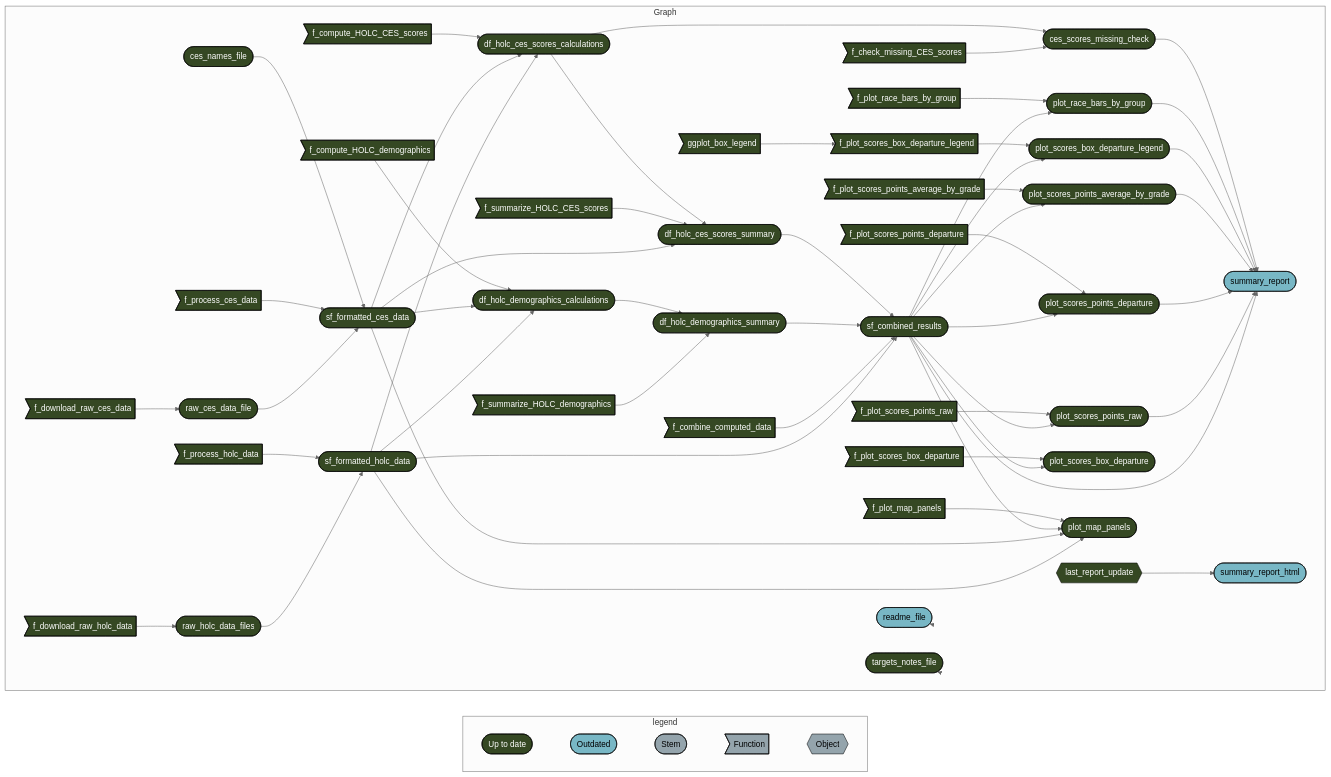
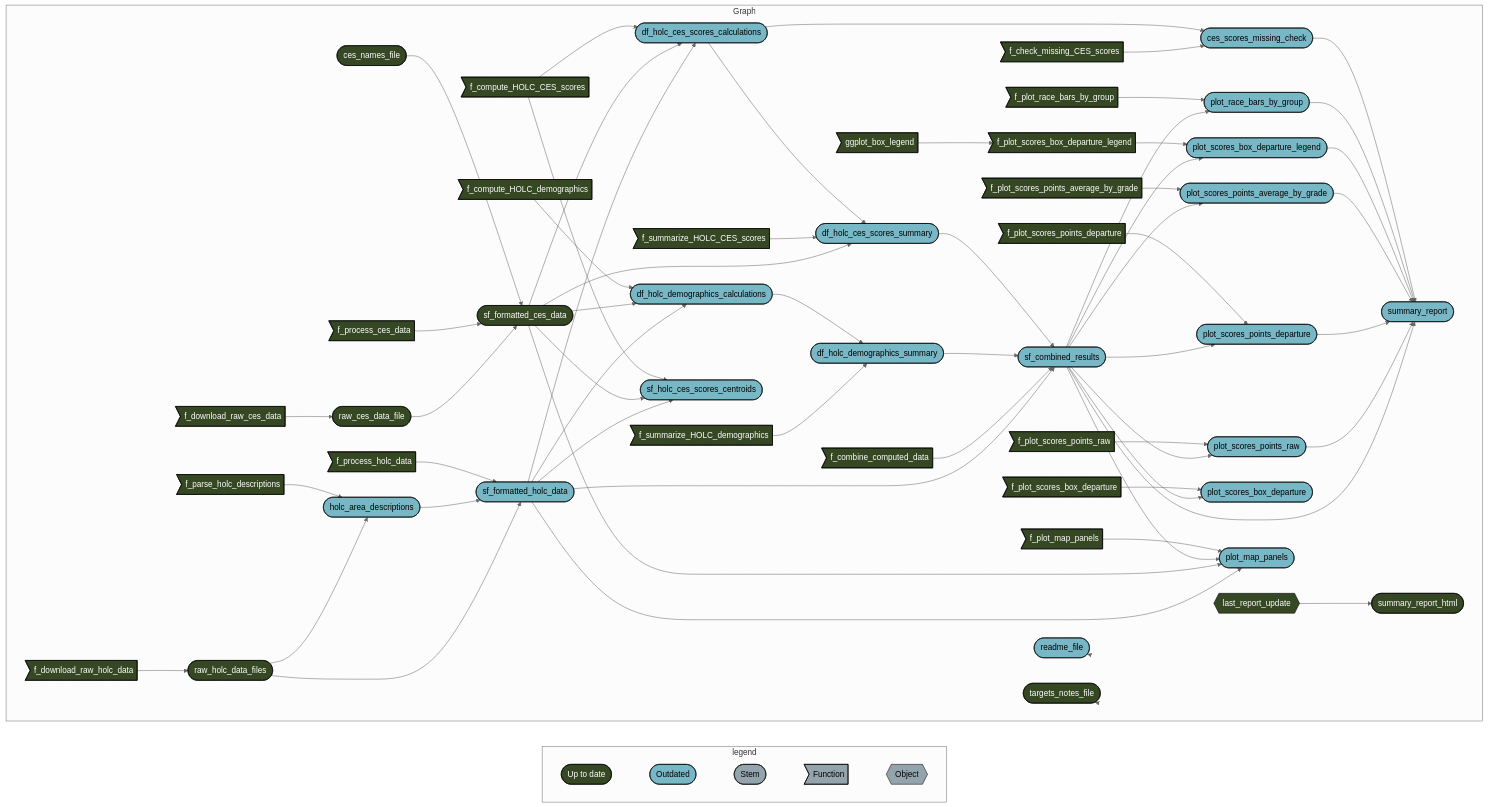
One commit to daltare/pollution-and-prejudice changed the diagram in README.md. Above: the diagram before and after it, drawn with Mermaid (neutral theme). The commit also changed other lines of this file and 52 other files, not shown here.

Commit message:
add comparison with centroid method for calculating overall CES scores

````diff
--- a/README.md
+++ b/README.md
@@ -95,73 +95,79 @@
 ``` mermaid
 graph LR
   subgraph legend
     direction LR
     x7420bd9270f8d27d([""Up to date""]):::uptodate --- x0a52b03877696646([""Outdated""]):::outdated
     x0a52b03877696646([""Outdated""]):::outdated --- xbf4603d6c2c2ad6b([""Stem""]):::none
     xbf4603d6c2c2ad6b([""Stem""]):::none --- xf0bce276fe2b9d3e>""Function""]:::none
     xf0bce276fe2b9d3e>""Function""]:::none --- x5bffbffeae195fc9{{""Object""}}:::none
   end
   subgraph Graph
     direction LR
     x723651d51c4d9039>"ggplot_box_legend"]:::uptodate --> x9fc5d9228e2f8c78>"f_plot_scores_box_departure_legend"]:::uptodate
-    xbc38fdbb09f54cdc(["df_holc_ces_scores_summary"]):::uptodate --> x7774e14ad1201765(["sf_combined_results"]):::uptodate
-    x722c080414fdf571(["df_holc_demographics_summary"]):::uptodate --> x7774e14ad1201765(["sf_combined_results"]):::uptodate
-    xf90b49dd379c5312>"f_combine_computed_data"]:::uptodate --> x7774e14ad1201765(["sf_combined_results"]):::uptodate
-    xd358c84560a350ea(["sf_formatted_holc_data"]):::uptodate --> x7774e14ad1201765(["sf_combined_results"]):::uptodate
-    x661c36f456260220>"f_plot_scores_points_average_by_grade"]:::uptodate --> x26888c3adf53b8ba(["plot_scores_points_average_by_grade"]):::uptodate
-    x7774e14ad1201765(["sf_combined_results"]):::uptodate --> x26888c3adf53b8ba(["plot_scores_points_average_by_grade"]):::uptodate
-    xb84eb9d541120890>"f_compute_HOLC_CES_scores"]:::uptodate --> xf2cacda6c5be1d56(["df_holc_ces_scores_calculations"]):::uptodate
-    x66ea1e7e4088616e(["sf_formatted_ces_data"]):::uptodate --> xf2cacda6c5be1d56(["df_holc_ces_scores_calculations"]):::uptodate
-    xd358c84560a350ea(["sf_formatted_holc_data"]):::uptodate --> xf2cacda6c5be1d56(["df_holc_ces_scores_calculations"]):::uptodate
-    x05780902aff2e52e>"f_plot_scores_points_departure"]:::uptodate --> x85db2b90c235dab6(["plot_scores_points_departure"]):::uptodate
-    x7774e14ad1201765(["sf_combined_results"]):::uptodate --> x85db2b90c235dab6(["plot_scores_points_departure"]):::uptodate
-    xd22b3ef3698af9c3>"f_plot_race_bars_by_group"]:::uptodate --> xe2341aac6be6d5c3(["plot_race_bars_by_group"]):::uptodate
-    x7774e14ad1201765(["sf_combined_results"]):::uptodate --> xe2341aac6be6d5c3(["plot_race_bars_by_group"]):::uptodate
-    xcdcbc8327c73002a(["ces_scores_missing_check"]):::uptodate --> xe24c603975ef95ce(["summary_report"]):::outdated
-    xe2341aac6be6d5c3(["plot_race_bars_by_group"]):::uptodate --> xe24c603975ef95ce(["summary_report"]):::outdated
-    xd261dc6bb4fd422e(["plot_scores_box_departure_legend"]):::uptodate --> xe24c603975ef95ce(["summary_report"]):::outdated
-    x26888c3adf53b8ba(["plot_scores_points_average_by_grade"]):::uptodate --> xe24c603975ef95ce(["summary_report"]):::outdated
-    x85db2b90c235dab6(["plot_scores_points_departure"]):::uptodate --> xe24c603975ef95ce(["summary_report"]):::outdated
-    xd06bbe78c7eb9f6c(["plot_scores_points_raw"]):::uptodate --> xe24c603975ef95ce(["summary_report"]):::outdated
-    x7774e14ad1201765(["sf_combined_results"]):::uptodate --> xe24c603975ef95ce(["summary_report"]):::outdated
-    xf2cacda6c5be1d56(["df_holc_ces_scores_calculations"]):::uptodate --> xcdcbc8327c73002a(["ces_scores_missing_check"]):::uptodate
-    x1909355c81c03a12>"f_check_missing_CES_scores"]:::uptodate --> xcdcbc8327c73002a(["ces_scores_missing_check"]):::uptodate
-    x6a4e5ab768f76050>"f_plot_scores_points_raw"]:::uptodate --> xd06bbe78c7eb9f6c(["plot_scores_points_raw"]):::uptodate
-    x7774e14ad1201765(["sf_combined_results"]):::uptodate --> xd06bbe78c7eb9f6c(["plot_scores_points_raw"]):::uptodate
-    x4baab69ddc05606c>"f_compute_HOLC_demographics"]:::uptodate --> x0933fedf1eaed55e(["df_holc_demographics_calculations"]):::uptodate
-    x66ea1e7e4088616e(["sf_formatted_ces_data"]):::uptodate --> x0933fedf1eaed55e(["df_holc_demographics_calculations"]):::uptodate
-    xd358c84560a350ea(["sf_formatted_holc_data"]):::uptodate --> x0933fedf1eaed55e(["df_holc_demographics_calculations"]):::uptodate
-    x3566400abf0582d0>"f_process_holc_data"]:::uptodate --> xd358c84560a350ea(["sf_formatted_holc_data"]):::uptodate
-    x7deb259c829fdb2e(["raw_holc_data_files"]):::uptodate --> xd358c84560a350ea(["sf_formatted_holc_data"]):::uptodate
-    x13ecd6c730196e92>"f_plot_scores_box_departure"]:::uptodate --> xc0917568d2ce3bee(["plot_scores_box_departure"]):::uptodate
-    x7774e14ad1201765(["sf_combined_results"]):::uptodate --> xc0917568d2ce3bee(["plot_scores_box_departure"]):::uptodate
-    xf2cacda6c5be1d56(["df_holc_ces_scores_calculations"]):::uptodate --> xbc38fdbb09f54cdc(["df_holc_ces_scores_summary"]):::uptodate
-    x24483bb6f5885403>"f_summarize_HOLC_CES_scores"]:::uptodate --> xbc38fdbb09f54cdc(["df_holc_ces_scores_summary"]):::uptodate
-    x66ea1e7e4088616e(["sf_formatted_ces_data"]):::uptodate --> xbc38fdbb09f54cdc(["df_holc_ces_scores_summary"]):::uptodate
+    xbc38fdbb09f54cdc(["df_holc_ces_scores_summary"]):::outdated --> x7774e14ad1201765(["sf_combined_results"]):::outdated
+    x722c080414fdf571(["df_holc_demographics_summary"]):::outdated --> x7774e14ad1201765(["sf_combined_results"]):::outdated
+    xf90b49dd379c5312>"f_combine_computed_data"]:::uptodate --> x7774e14ad1201765(["sf_combined_results"]):::outdated
+    xd358c84560a350ea(["sf_formatted_holc_data"]):::outdated --> x7774e14ad1201765(["sf_combined_results"]):::outdated
+    x661c36f456260220>"f_plot_scores_points_average_by_grade"]:::uptodate --> x26888c3adf53b8ba(["plot_scores_points_average_by_grade"]):::outdated
+    x7774e14ad1201765(["sf_combined_results"]):::outdated --> x26888c3adf53b8ba(["plot_scores_points_average_by_grade"]):::outdated
+    xb84eb9d541120890>"f_compute_HOLC_CES_scores"]:::uptodate --> xf2cacda6c5be1d56(["df_holc_ces_scores_calculations"]):::outdated
+    x66ea1e7e4088616e(["sf_formatted_ces_data"]):::uptodate --> xf2cacda6c5be1d56(["df_holc_ces_scores_calculations"]):::outdated
+    xd358c84560a350ea(["sf_formatted_holc_data"]):::outdated --> xf2cacda6c5be1d56(["df_holc_ces_scores_calculations"]):::outdated
+    x05780902aff2e52e>"f_plot_scores_points_departure"]:::uptodate --> x85db2b90c235dab6(["plot_scores_points_departure"]):::outdated
+    x7774e14ad1201765(["sf_combined_results"]):::outdated --> x85db2b90c235dab6(["plot_scores_points_departure"]):::outdated
+    xd22b3ef3698af9c3>"f_plot_race_bars_by_group"]:::uptodate --> xe2341aac6be6d5c3(["plot_race_bars_by_group"]):::outdated
+    x7774e14ad1201765(["sf_combined_results"]):::outdated --> xe2341aac6be6d5c3(["plot_race_bars_by_group"]):::outdated
+    xcdcbc8327c73002a(["ces_scores_missing_check"]):::outdated --> xe24c603975ef95ce(["summary_report"]):::outdated
+    xe2341aac6be6d5c3(["plot_race_bars_by_group"]):::outdated --> xe24c603975ef95ce(["summary_report"]):::outdated
+    xd261dc6bb4fd422e(["plot_scores_box_departure_legend"]):::outdated --> xe24c603975ef95ce(["summary_report"]):::outdated
+    x26888c3adf53b8ba(["plot_scores_points_average_by_grade"]):::outdated --> xe24c603975ef95ce(["summary_report"]):::outdated
+    x85db2b90c235dab6(["plot_scores_points_departure"]):::outdated --> xe24c603975ef95ce(["summary_report"]):::outdated
+    xd06bbe78c7eb9f6c(["plot_scores_points_raw"]):::outdated --> xe24c603975ef95ce(["summary_report"]):::outdated
+    x7774e14ad1201765(["sf_combined_results"]):::outdated --> xe24c603975ef95ce(["summary_report"]):::outdated
+    xf2cacda6c5be1d56(["df_holc_ces_scores_calculations"]):::outdated --> xcdcbc8327c73002a(["ces_scores_missing_check"]):::outdated
+    x1909355c81c03a12>"f_check_missing_CES_scores"]:::uptodate --> xcdcbc8327c73002a(["ces_scores_missing_check"]):::outdated
+    x6a4e5ab768f76050>"f_plot_scores_points_raw"]:::uptodate --> xd06bbe78c7eb9f6c(["plot_scores_points_raw"]):::outdated
+    x7774e14ad1201765(["sf_combined_results"]):::outdated --> xd06bbe78c7eb9f6c(["plot_scores_points_raw"]):::outdated
+    x4baab69ddc05606c>"f_compute_HOLC_demographics"]:::uptodate --> x0933fedf1eaed55e(["df_holc_demographics_calculations"]):::outdated
+    x66ea1e7e4088616e(["sf_formatted_ces_data"]):::uptodate --> x0933fedf1eaed55e(["df_holc_demographics_calculations"]):::outdated
+    xd358c84560a350ea(["sf_formatted_holc_data"]):::outdated --> x0933fedf1eaed55e(["df_holc_demographics_calculations"]):::outdated
+    x3566400abf0582d0>"f_process_holc_data"]:::uptodate --> xd358c84560a350ea(["sf_formatted_holc_data"]):::outdated
+    xc134b761ca90db6a(["holc_area_descriptions"]):::outdated --> xd358c84560a350ea(["sf_formatted_holc_data"]):::outdated
+    x7deb259c829fdb2e(["raw_holc_data_files"]):::uptodate --> xd358c84560a350ea(["sf_formatted_holc_data"]):::outdated
+    x13ecd6c730196e92>"f_plot_scores_box_departure"]:::uptodate --> xc0917568d2ce3bee(["plot_scores_box_departure"]):::outdated
+    x7774e14ad1201765(["sf_combined_results"]):::outdated --> xc0917568d2ce3bee(["plot_scores_box_departure"]):::outdated
+    xf2cacda6c5be1d56(["df_holc_ces_scores_calculations"]):::outdated --> xbc38fdbb09f54cdc(["df_holc_ces_scores_summary"]):::outdated
+    x24483bb6f5885403>"f_summarize_HOLC_CES_scores"]:::uptodate --> xbc38fdbb09f54cdc(["df_holc_ces_scores_summary"]):::outdated
+    x66ea1e7e4088616e(["sf_formatted_ces_data"]):::uptodate --> xbc38fdbb09f54cdc(["df_holc_ces_scores_summary"]):::outdated
     x7ad41e3fd12f2676(["ces_names_file"]):::uptodate --> x66ea1e7e4088616e(["sf_formatted_ces_data"]):::uptodate
     xdca65f7684d779f0>"f_process_ces_data"]:::uptodate --> x66ea1e7e4088616e(["sf_formatted_ces_data"]):::uptodate
     x6538bfb2bd8fa5af(["raw_ces_data_file"]):::uptodate --> x66ea1e7e4088616e(["sf_formatted_ces_data"]):::uptodate
-    x9fc5d9228e2f8c78>"f_plot_scores_box_departure_legend"]:::uptodate --> xd261dc6bb4fd422e(["plot_scores_box_departure_legend"]):::uptodate
-    x7774e14ad1201765(["sf_combined_results"]):::uptodate --> xd261dc6bb4fd422e(["plot_scores_box_departure_legend"]):::uptodate
-    xf443f725966ed075{{"last_report_update"}}:::uptodate --> x3b5990520b2e818d(["summary_report_html"]):::outdated
-    xc11e093e8a0331b6>"f_plot_map_panels"]:::uptodate --> x52b2d35838d1c908(["plot_map_panels"]):::uptodate
-    x7774e14ad1201765(["sf_combined_results"]):::uptodate --> x52b2d35838d1c908(["plot_map_panels"]):::uptodate
-    x66ea1e7e4088616e(["sf_formatted_ces_data"]):::uptodate --> x52b2d35838d1c908(["plot_map_panels"]):::uptodate
-    xd358c84560a350ea(["sf_formatted_holc_data"]):::uptodate --> x52b2d35838d1c908(["plot_map_panels"]):::uptodate
+    x9fc5d9228e2f8c78>"f_plot_scores_box_departure_legend"]:::uptodate --> xd261dc6bb4fd422e(["plot_scores_box_departure_legend"]):::outdated
+    x7774e14ad1201765(["sf_combined_results"]):::outdated --> xd261dc6bb4fd422e(["plot_scores_box_departure_legend"]):::outdated
+    xf443f725966ed075{{"last_report_update"}}:::uptodate --> x3b5990520b2e818d(["summary_report_html"]):::uptodate
+    xe7b24c87dabecd62>"f_parse_holc_descriptions"]:::uptodate --> xc134b761ca90db6a(["holc_area_descriptions"]):::outdated
+    x7deb259c829fdb2e(["raw_holc_data_files"]):::uptodate --> xc134b761ca90db6a(["holc_area_descriptions"]):::outdated
+    xc11e093e8a0331b6>"f_plot_map_panels"]:::uptodate --> x52b2d35838d1c908(["plot_map_panels"]):::outdated
+    x7774e14ad1201765(["sf_combined_results"]):::outdated --> x52b2d35838d1c908(["plot_map_panels"]):::outdated
+    x66ea1e7e4088616e(["sf_formatted_ces_data"]):::uptodate --> x52b2d35838d1c908(["plot_map_panels"]):::outdated
+    xd358c84560a350ea(["sf_formatted_holc_data"]):::outdated --> x52b2d35838d1c908(["plot_map_panels"]):::outdated
     xc504145cdabdd854>"f_download_raw_ces_data"]:::uptodate --> x6538bfb2bd8fa5af(["raw_ces_data_file"]):::uptodate
-    x0933fedf1eaed55e(["df_holc_demographics_calculations"]):::uptodate --> x722c080414fdf571(["df_holc_demographics_summary"]):::uptodate
-    x2dfdf1b5ee4ba094>"f_summarize_HOLC_demographics"]:::uptodate --> x722c080414fdf571(["df_holc_demographics_summary"]):::uptodate
+    x0933fedf1eaed55e(["df_holc_demographics_calculations"]):::outdated --> x722c080414fdf571(["df_holc_demographics_summary"]):::outdated
+    x2dfdf1b5ee4ba094>"f_summarize_HOLC_demographics"]:::uptodate --> x722c080414fdf571(["df_holc_demographics_summary"]):::outdated
+    xb84eb9d541120890>"f_compute_HOLC_CES_scores"]:::uptodate --> x03e01758e45bc154(["sf_holc_ces_scores_centroids"]):::outdated
+    x66ea1e7e4088616e(["sf_formatted_ces_data"]):::uptodate --> x03e01758e45bc154(["sf_holc_ces_scores_centroids"]):::outdated
+    xd358c84560a350ea(["sf_formatted_holc_data"]):::outdated --> x03e01758e45bc154(["sf_holc_ces_scores_centroids"]):::outdated
     x28598aa74e36431d>"f_download_raw_holc_data"]:::uptodate --> x7deb259c829fdb2e(["raw_holc_data_files"]):::uptodate
     x118ccf0169559b01(["readme_file"]):::outdated --> x118ccf0169559b01(["readme_file"]):::outdated
     xd244e8c357cc9580(["targets_notes_file"]):::uptodate --> xd244e8c357cc9580(["targets_notes_file"]):::uptodate
   end
   classDef uptodate stroke:#000000,color:#ffffff,fill:#354823;
   classDef outdated stroke:#000000,color:#000000,fill:#78B7C5;
   classDef none stroke:#000000,color:#000000,fill:#94a4ac;
   linkStyle 0 stroke-width:0px;
   linkStyle 1 stroke-width:0px;
   linkStyle 2 stroke-width:0px;
   linkStyle 3 stroke-width:0px;
-  linkStyle 53 stroke-width:0px;
-  linkStyle 54 stroke-width:0px;
+  linkStyle 59 stroke-width:0px;
+  linkStyle 60 stroke-width:0px;
 ```
````
